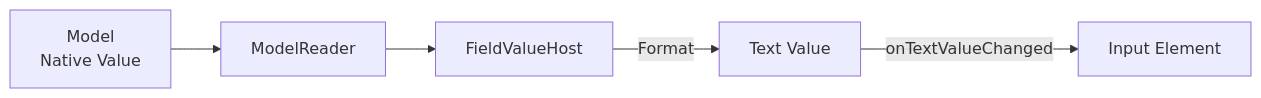
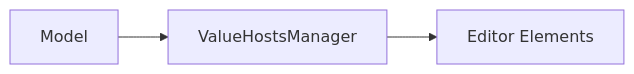
One commit to plblum/jivs changed the second of 5 diagrams in docs/Learning_Jivs/Initializing_the_Client_Form.md. Above: the diagram before and after it, drawn with Mermaid. The commit also changed other lines of this file and 5 other files, not shown here.

````diff
--- a/docs/Learning_Jivs/Initializing_the_Client_Form.md
+++ b/docs/Learning_Jivs/Initializing_the_Client_Form.md
@@ -59,7 +82,5 @@
 ```mermaid
 flowchart LR
-    MODEL["Model<br/>Native Value"] --> READER["ModelReader"]
-    READER --> FIELD["FieldValueHost"]
-    FIELD -->|"Format"| TEXT["Text Value"]
-    TEXT -->|"onTextValueChanged"| INPUT["Input Element"]
+    MODEL["Model"] --> VHM["ValueHostsManager"]
+    VHM --> INPUT["Editor Elements"]
 ```
````
